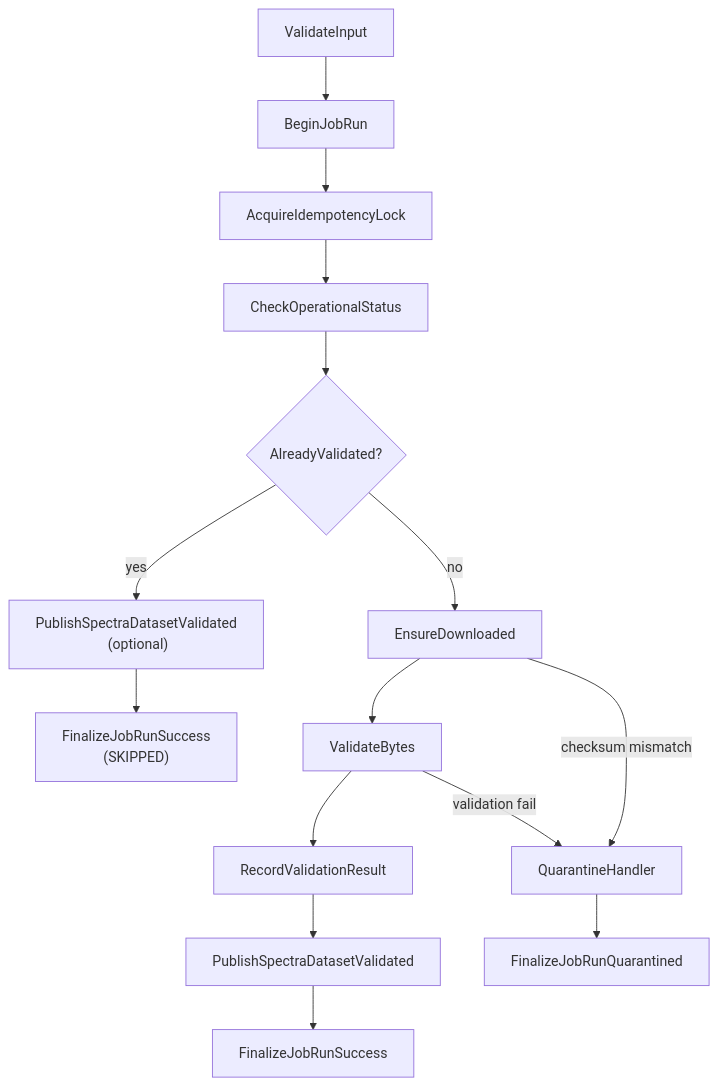
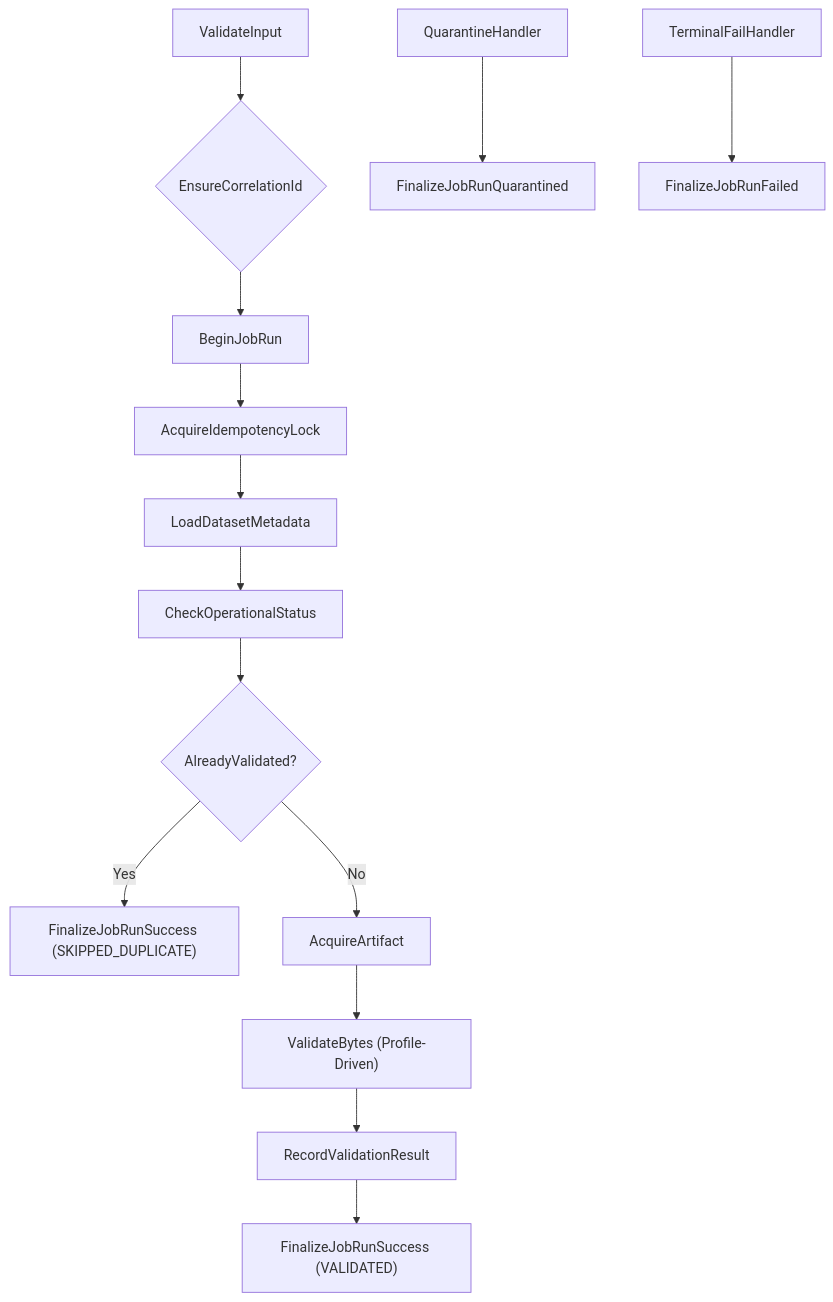
The diagram in docs/diagrams/workflow-download-and-validate-spectra.md (finzellt/aws_nova_cat), drawn with Mermaid before and after one commit. The commit also changed 15 other files, not shown here.

Commit message:
chore(diagrams): regenerate workflow diagrams to reflect updated state machines

````diff
--- a/docs/diagrams/workflow-download-and-validate-spectra.md
+++ b/docs/diagrams/workflow-download-and-validate-spectra.md
@@ -1,14 +1,20 @@
 ```mermaid
 flowchart TD
-  A[ValidateInput] --> B[BeginJobRun] --> C[AcquireIdempotencyLock]
-  C --> D[CheckOperationalStatus]
-  D --> E{AlreadyValidated?}
+  A[ValidateInput] --> B{EnsureCorrelationId}
+  B --> C[BeginJobRun]
+  C --> D[AcquireIdempotencyLock]
+  D --> E[LoadDatasetMetadata]
+  E --> F[CheckOperationalStatus]
+  F --> G{AlreadyValidated?}
 
-  E -- yes --> P["PublishSpectraDatasetValidated</br> (optional)"] --> S["FinalizeJobRunSuccess</br> (SKIPPED)"]
-  E -- no --> DL[EnsureDownloaded] --> V[ValidateBytes] --> R[RecordValidationResult]
-  R --> P2[PublishSpectraDatasetValidated] --> S2[FinalizeJobRunSuccess]
+  G -- Yes --> H["FinalizeJobRunSuccess (SKIPPED_DUPLICATE)"]
 
-  DL -->|checksum mismatch| Q[QuarantineHandler] --> SQ[FinalizeJobRunQuarantined]
-  V -->|validation fail| Q
+  G -- No --> I[AcquireArtifact]
+  I --> J["ValidateBytes (Profile-Driven)"]
+  J --> K[RecordValidationResult]
+  K --> L["FinalizeJobRunSuccess (VALIDATED)"]
+
+  Q[QuarantineHandler] --> R[FinalizeJobRunQuarantined]
+  TF[TerminalFailHandler] --> FF[FinalizeJobRunFailed]
 
 ```
````
